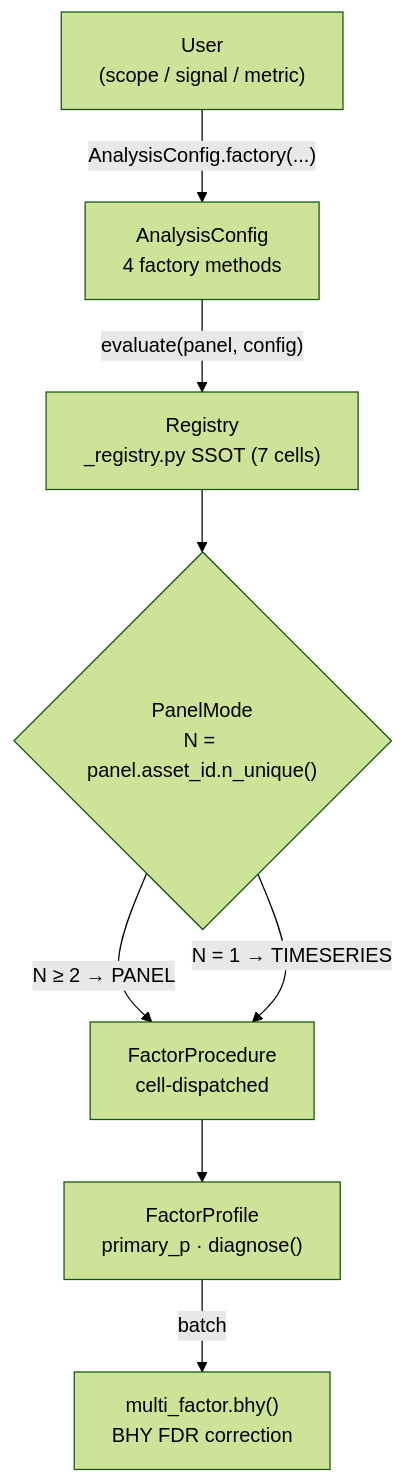
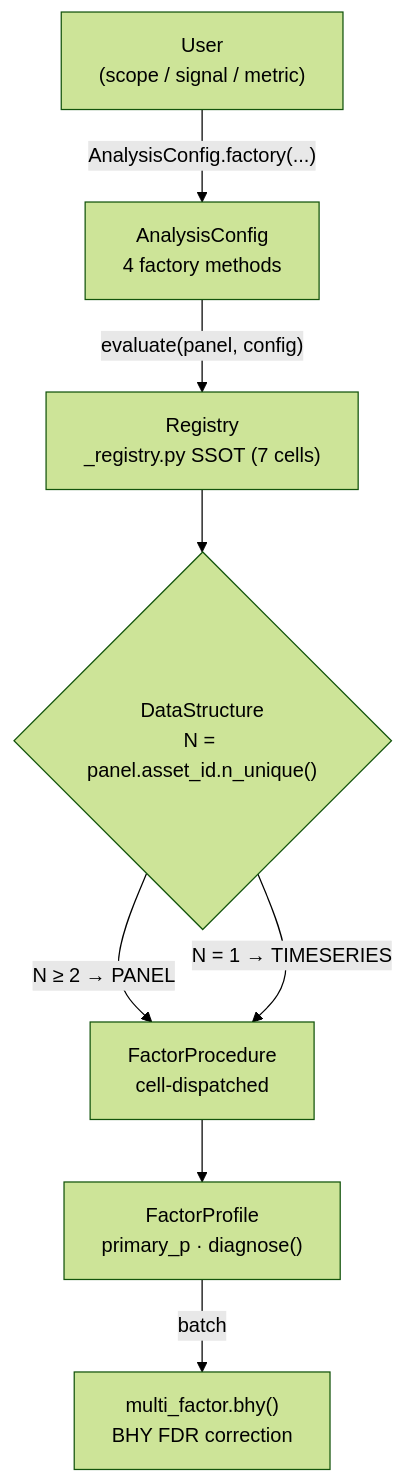
The diagram in docs/development/architecture.md (awwesomeman/factrix), drawn with Mermaid (forest theme) before and after one commit. The commit also changed other lines of this file and 69 other files, not shown here.

First line of the commit message:
refactor(api)!: rename FactorSignal→FactorDensity, PanelMode→DataStructure (#478)

````diff
--- a/docs/development/architecture.md
+++ b/docs/development/architecture.md
@@ -22,18 +22,18 @@
 ```mermaid
 flowchart TD
     User["User<br/>(scope / signal / metric)"]
     AC["AnalysisConfig<br/>4 factory methods"]
     REG["Registry<br/>_registry.py SSOT (7 cells)"]
-    MODE{"PanelMode<br/>N = panel.asset_id.n_unique()"}
+    MODE{"DataStructure<br/>N = panel.asset_id.n_unique()"}
     PROC["FactorProcedure<br/>cell-dispatched"]
     FP["FactorProfile<br/>primary_p · diagnose()"]
     BHY["multi_factor.bhy()<br/>BHY FDR correction"]
 
     User -->|"AnalysisConfig.factory(...)"| AC
     AC -->|"evaluate(panel, config)"| REG
     REG --> MODE
     MODE -->|"N ≥ 2 → PANEL"| PROC
     MODE -->|"N = 1 → TIMESERIES"| PROC
     PROC --> FP
     FP -->|"batch"| BHY
 ```
````
